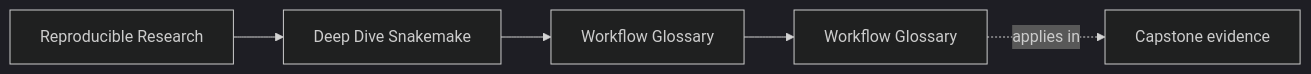
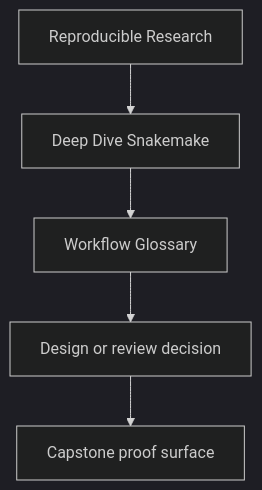
The first of 2 diagrams in programs/reproducible-research/deep-dive-snakemake/course-book/reference/workflow-glossary.md (bijux/bijux-masterclass), drawn with Mermaid (dark theme) before and after one commit. The commit also changed other lines of this file and 29 other files, not shown here.

Commit message:
docs(deep-dive-snakemake): sharpen guide and reference diagrams

````diff
--- a/programs/reproducible-research/deep-dive-snakemake/course-book/reference/workflow-glossary.md
+++ b/programs/reproducible-research/deep-dive-snakemake/course-book/reference/workflow-glossary.md
@@ -9,11 +9,7 @@
 ```mermaid
-graph LR
-  family["Reproducible Research"]
-  program["Deep Dive Snakemake"]
-  section["Workflow Glossary"]
-  page["Workflow Glossary"]
-  capstone["Capstone evidence"]
-
-  family --> program --> section --> page
-  page -.applies in.-> capstone
+flowchart TD
+  family["Reproducible Research"] --> program["Deep Dive Snakemake"]
+  program --> reference["Workflow Glossary"]
+  reference --> review["Design or review decision"]
+  review --> capstone["Capstone proof surface"]
 ```
````
